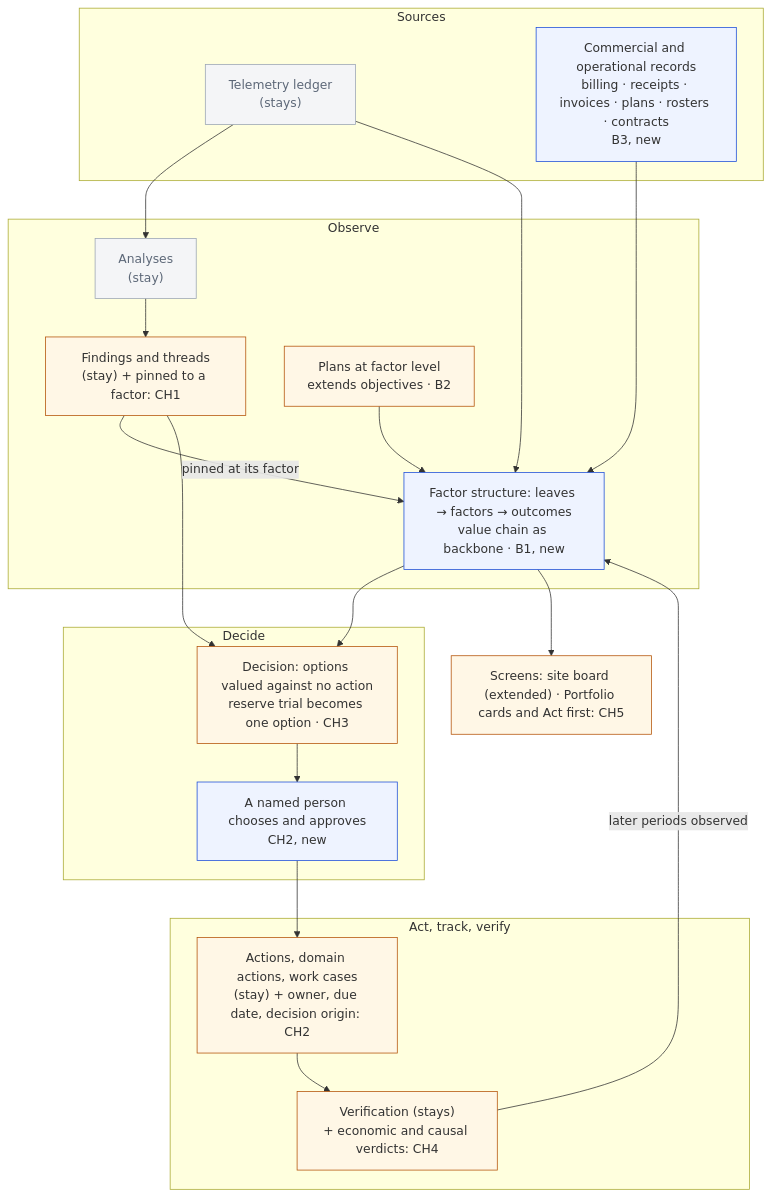
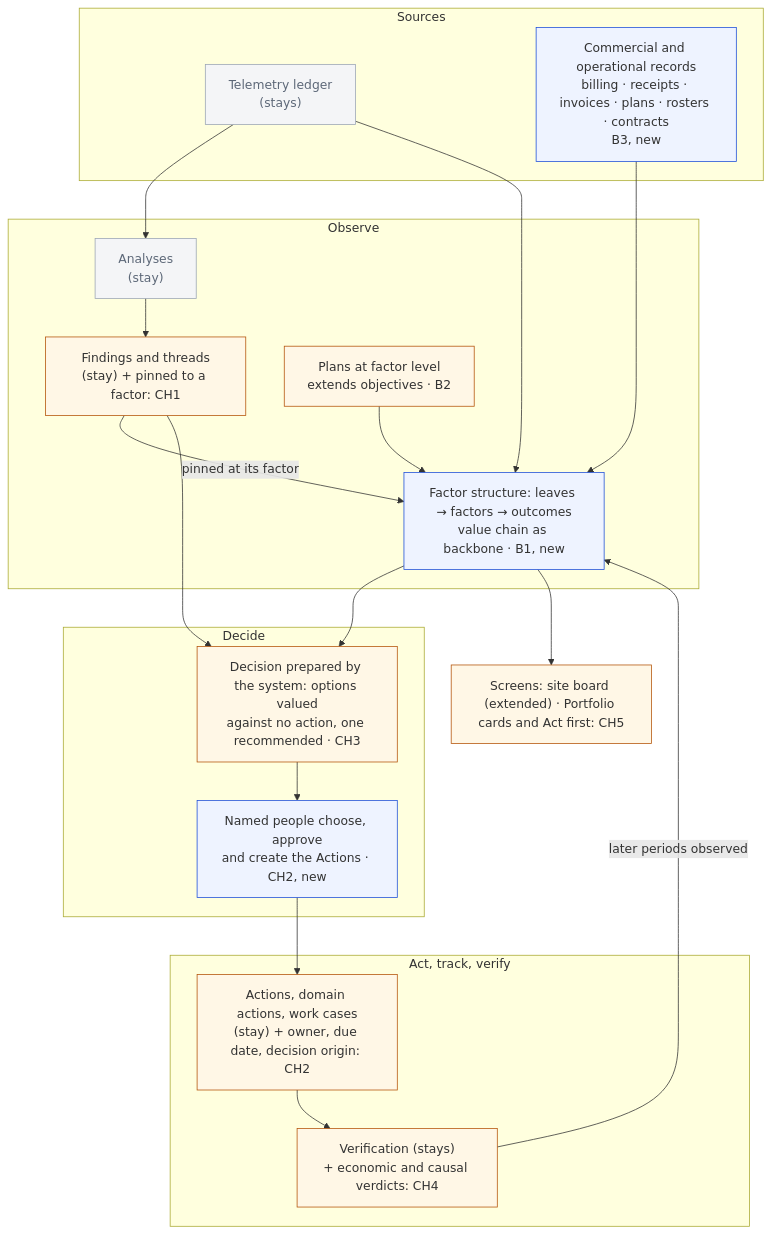
The first of 10 diagrams in Docs/demo-sprint/product-direction-layer4/layer4-transformation-design.md (bineyame/AssetOpsV1), drawn with Mermaid before and after one commit. The commit also changed other lines of this file and 4 other files, not shown here.

````diff
--- a/Docs/demo-sprint/product-direction-layer4/layer4-transformation-design.md
+++ b/Docs/demo-sprint/product-direction-layer4/layer4-transformation-design.md
@@ -189,34 +206,34 @@
 ```mermaid
 flowchart TB
   subgraph SRC["Sources"]
     T["Telemetry ledger<br/>(stays)"]:::keep
     CR["Commercial and operational records<br/>billing · receipts · invoices · plans · rosters · contracts<br/>B3, new"]:::new
   end
   subgraph OBS["Observe"]
     AN["Analyses<br/>(stay)"]:::keep --> FI["Findings and threads<br/>(stay) + pinned to a factor: CH1"]:::chg
     FS["Factor structure: leaves → factors → outcomes<br/>value chain as backbone · B1, new"]:::new
     PL["Plans at factor level<br/>extends objectives · B2"]:::chg
   end
   subgraph DEC["Decide"]
-    OP["Decision: options valued against no action<br/>reserve trial becomes one option · CH3"]:::chg
-    PR["A named person chooses and approves<br/>CH2, new"]:::new
+    OP["Decision prepared by the system: options valued<br/>against no action, one recommended · CH3"]:::chg
+    PR["Named people choose, approve<br/>and create the Actions · CH2, new"]:::new
   end
   subgraph ACTN["Act, track, verify"]
     AC["Actions, domain actions, work cases<br/>(stay) + owner, due date, decision origin: CH2"]:::chg
     VE["Verification (stays)<br/>+ economic and causal verdicts: CH4"]:::chg
   end
   SC["Screens: site board (extended) · Portfolio cards and Act first: CH5"]:::chg
   T --> AN
   T --> FS
   CR --> FS
   FI -- "pinned at its factor" --> FS
   PL --> FS
   FS --> OP
   FI --> OP
   OP --> PR --> AC --> VE
   VE -- "later periods observed" --> FS
   FS --> SC
   classDef keep fill:#f4f5f7,stroke:#9aa5b4,color:#5d6878
   classDef new fill:#eef3ff,stroke:#1d4ed8
   classDef chg fill:#fff7e6,stroke:#b45309
 ```
````
